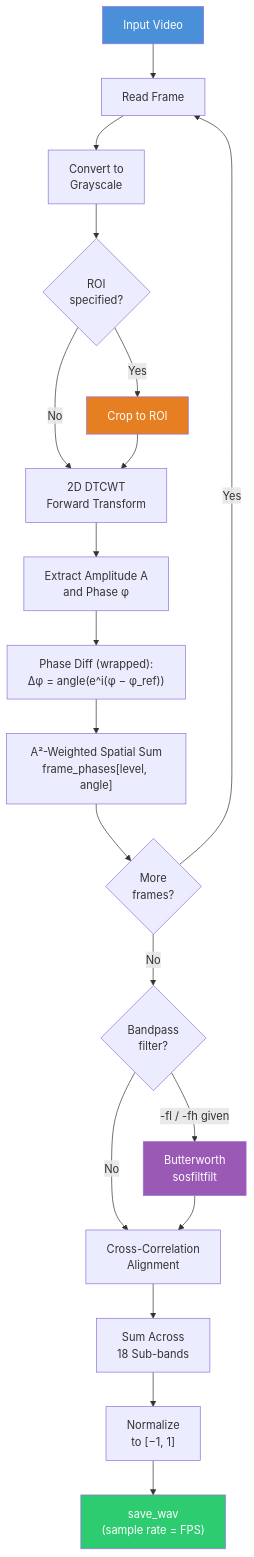
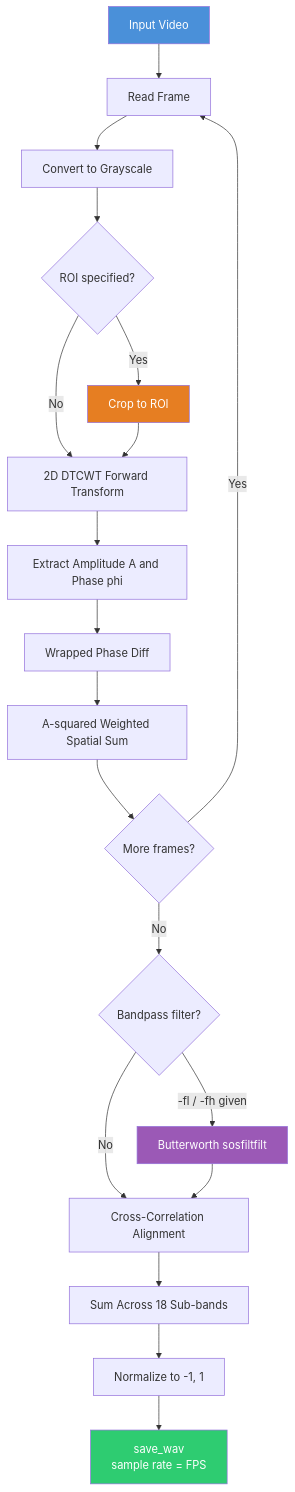
The third of 3 diagrams in README.md (joeljose/Visual-Mic), drawn with Mermaid before and after one commit. The commit also changed other lines of this file, not shown here.

First line of the commit message:
Fix Mermaid diagram syntax for GitHub rendering

````diff
--- a/README.md
+++ b/README.md
@@ -348,26 +348,26 @@
 ```mermaid
 flowchart TD
     A["Input Video"] --> B["Read Frame"]
-    B --> C["Convert to\nGrayscale"]
-    C --> D{"ROI\nspecified?"}
+    B --> C["Convert to Grayscale"]
+    C --> D{"ROI specified?"}
     D -->|Yes| E["Crop to ROI"]
     D -->|No| F
-    E --> F["2D DTCWT\nForward Transform"]
-    F --> G["Extract Amplitude A\nand Phase φ"]
-    G --> H["Phase Diff (wrapped):\nΔφ = angle(e^i(φ − φ_ref))"]
-    H --> I["A²-Weighted Spatial Sum\nframe_phases[level, angle]"]
-    I --> J{"More\nframes?"}
+    E --> F["2D DTCWT Forward Transform"]
+    F --> G["Extract Amplitude A and Phase phi"]
+    G --> H["Wrapped Phase Diff"]
+    H --> I["A-squared Weighted Spatial Sum"]
+    I --> J{"More frames?"}
     J -->|Yes| B
-    J -->|No| K{"Bandpass\nfilter?"}
-    K -->|"-fl / -fh given"| L["Butterworth\nsosfiltfilt"]
+    J -->|No| K{"Bandpass filter?"}
+    K -->|"-fl / -fh given"| L["Butterworth sosfiltfilt"]
     K -->|No| M
-    L --> M["Cross-Correlation\nAlignment"]
-    M --> N["Sum Across\n18 Sub-bands"]
-    N --> O["Normalize\nto [−1, 1]"]
-    O --> P["save_wav\n(sample rate = FPS)"]
+    L --> M["Cross-Correlation Alignment"]
+    M --> N["Sum Across 18 Sub-bands"]
+    N --> O["Normalize to -1, 1"]
+    O --> P["save_wav<br>sample rate = FPS"]
 
     style A fill:#4a90d9,color:#fff
     style P fill:#2ecc71,color:#fff
     style L fill:#9b59b6,color:#fff
     style E fill:#e67e22,color:#fff
 ```
````
